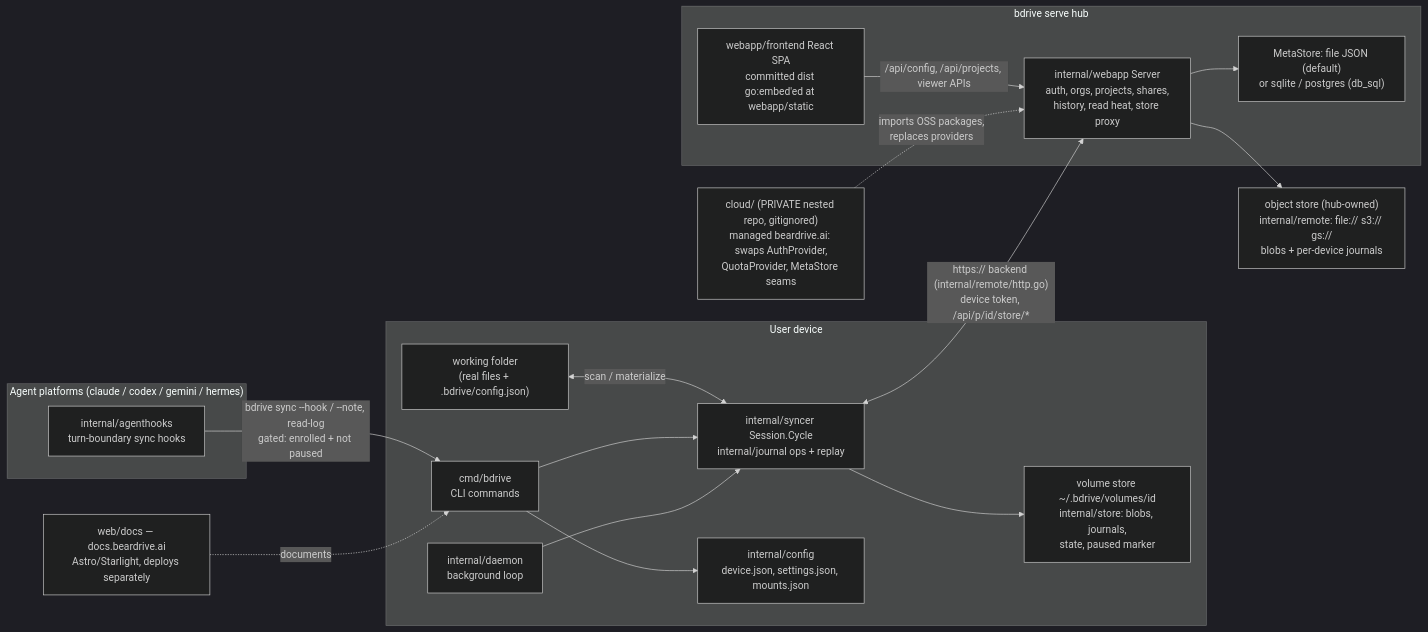
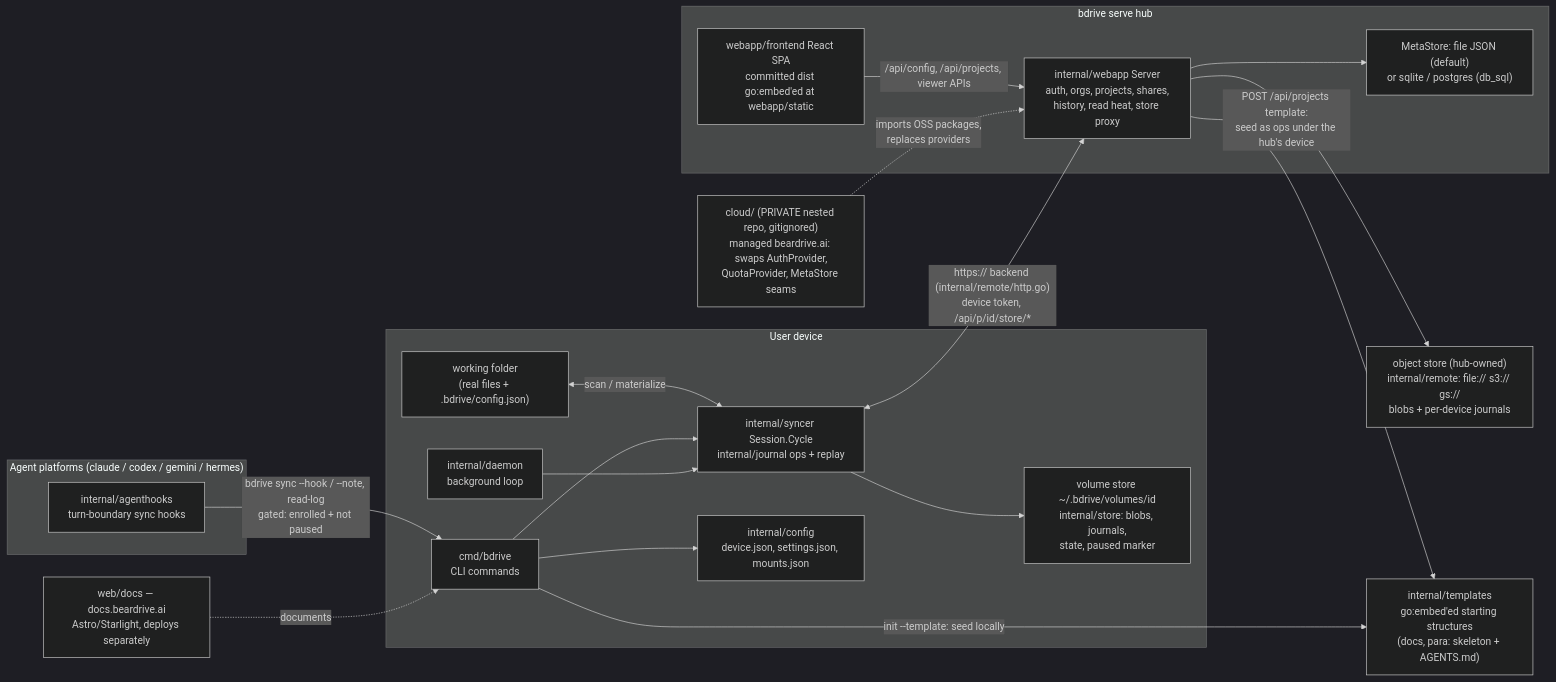
One commit to runbear-io/beardrive changed the diagram in architecture/overview.md. Above: the diagram before and after it, drawn with Mermaid (dark theme). The commit also changed 38 other files, not shown here.

````diff
--- a/architecture/overview.md
+++ b/architecture/overview.md
@@ -10,39 +10,43 @@
 ```mermaid
 flowchart LR
     subgraph device["User device"]
         wf["working folder<br/>(real files + .bdrive/config.json)"]
         cli["cmd/bdrive<br/>CLI commands"]
         dmn["internal/daemon<br/>background loop"]
         eng["internal/syncer Session.Cycle<br/>internal/journal ops + replay"]
         vs["volume store ~/.bdrive/volumes/id<br/>internal/store: blobs, journals,<br/>state, paused marker"]
         cfg["internal/config<br/>device.json, settings.json, mounts.json"]
     end
 
     subgraph agents["Agent platforms (claude / codex / gemini / hermes)"]
         hooks["internal/agenthooks<br/>turn-boundary sync hooks"]
     end
 
     subgraph hub["bdrive serve hub"]
         srv["internal/webapp Server<br/>auth, orgs, projects, shares,<br/>history, read heat, store proxy"]
         fe["webapp/frontend React SPA<br/>committed dist go:embed'ed at webapp/static"]
         meta["MetaStore: file JSON (default)<br/>or sqlite / postgres (db_sql)"]
     end
 
     store["object store (hub-owned)<br/>internal/remote: file:// s3:// gs://<br/>blobs + per-device journals"]
 
+    tpl["internal/templates<br/>go:embed'ed starting structures<br/>(docs, para: skeleton + AGENTS.md)"]
+
     docs["web/docs — docs.beardrive.ai<br/>Astro/Starlight, deploys separately"]
     cloud["cloud/ (PRIVATE nested repo, gitignored)<br/>managed beardrive.ai: swaps AuthProvider,<br/>QuotaProvider, MetaStore seams"]
 
     wf <-->|scan / materialize| eng
     cli --> eng
     dmn --> eng
     cli --> cfg
     eng --> vs
     eng <-->|"https:// backend (internal/remote/http.go)<br/>device token, /api/p/id/store/*"| srv
     hooks -->|"bdrive sync --hook / --note, read-log<br/>gated: enrolled + not paused"| cli
     srv --> store
     srv --> meta
+    cli -->|"init --template: seed locally"| tpl
+    srv -->|"POST /api/projects template:<br/>seed as ops under the hub's device"| tpl
     fe -->|/api/config, /api/projects, viewer APIs| srv
     cloud -.->|imports OSS packages,<br/>replaces providers| srv
     docs -.->|documents| cli
 ```
````
